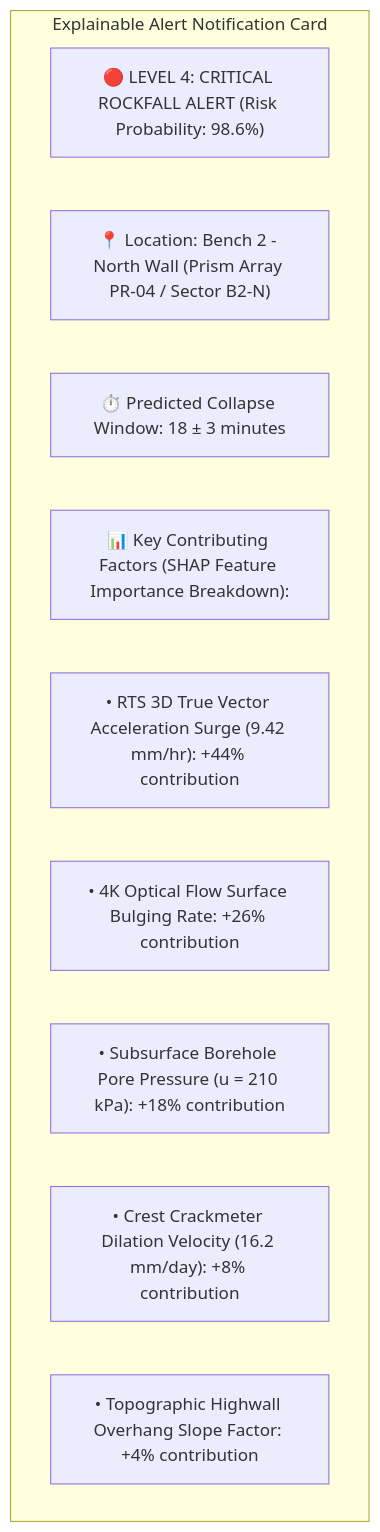
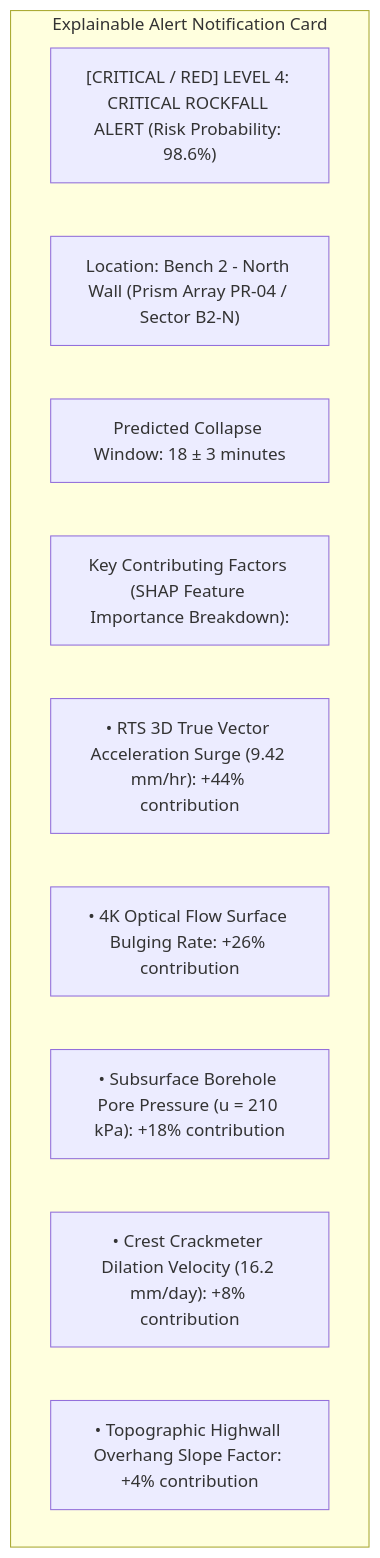
One commit to angelverman2021-a11y/Report changed the fifth of 6 diagrams in docs/04_Total_Station_Prism_Monitoring.md. Above: the diagram before and after it, drawn with Mermaid. The commit also changed other lines of this file and 32 other files, not shown here.

````diff
--- a/docs/04_Total_Station_Prism_Monitoring.md
+++ b/docs/04_Total_Station_Prism_Monitoring.md
@@ -232,14 +232,14 @@
 ```mermaid
 graph TD
-    subgraph Explainable Alert Notification Card
-        A["🔴 LEVEL 4: CRITICAL ROCKFALL ALERT (Risk Probability: 98.6%)"]
-        B["📍 Location: Bench 2 - North Wall (Prism Array PR-04 / Sector B2-N)"]
-        C["⏱️ Predicted Collapse Window: 18 ± 3 minutes"]
-        D["📊 Key Contributing Factors (SHAP Feature Importance Breakdown):"]
-        D1["• RTS 3D True Vector Acceleration Surge (9.42 mm/hr): +44% contribution"]
-        D2["• 4K Optical Flow Surface Bulging Rate: +26% contribution"]
-        D3["• Subsurface Borehole Pore Pressure (u = 210 kPa): +18% contribution"]
-        D4["• Crest Crackmeter Dilation Velocity (16.2 mm/day): +8% contribution"]
-        D5["• Topographic Highwall Overhang Slope Factor: +4% contribution"]
-    end
+ subgraph Explainable Alert Notification Card
+ A["[CRITICAL / RED] LEVEL 4: CRITICAL ROCKFALL ALERT (Risk Probability: 98.6%)"]
+ B[" Location: Bench 2 - North Wall (Prism Array PR-04 / Sector B2-N)"]
+ C[" Predicted Collapse Window: 18 ± 3 minutes"]
+ D[" Key Contributing Factors (SHAP Feature Importance Breakdown):"]
+ D1["• RTS 3D True Vector Acceleration Surge (9.42 mm/hr): +44% contribution"]
+ D2["• 4K Optical Flow Surface Bulging Rate: +26% contribution"]
+ D3["• Subsurface Borehole Pore Pressure (u = 210 kPa): +18% contribution"]
+ D4["• Crest Crackmeter Dilation Velocity (16.2 mm/day): +8% contribution"]
+ D5["• Topographic Highwall Overhang Slope Factor: +4% contribution"]
+ end
 ```
````
